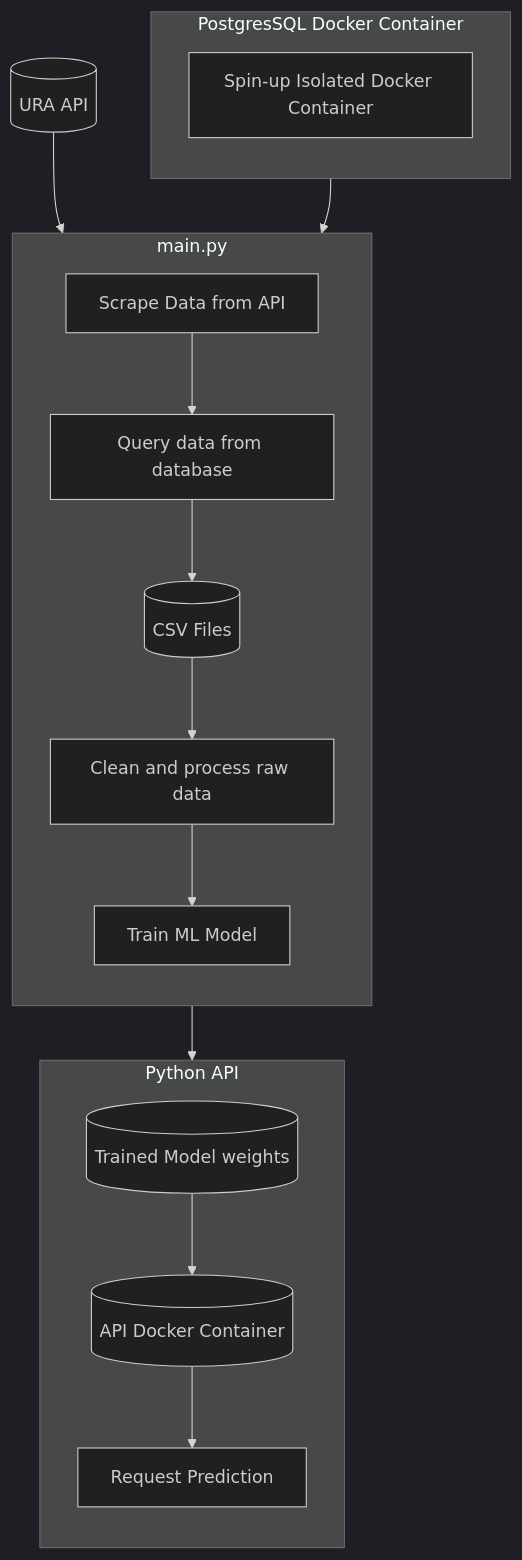
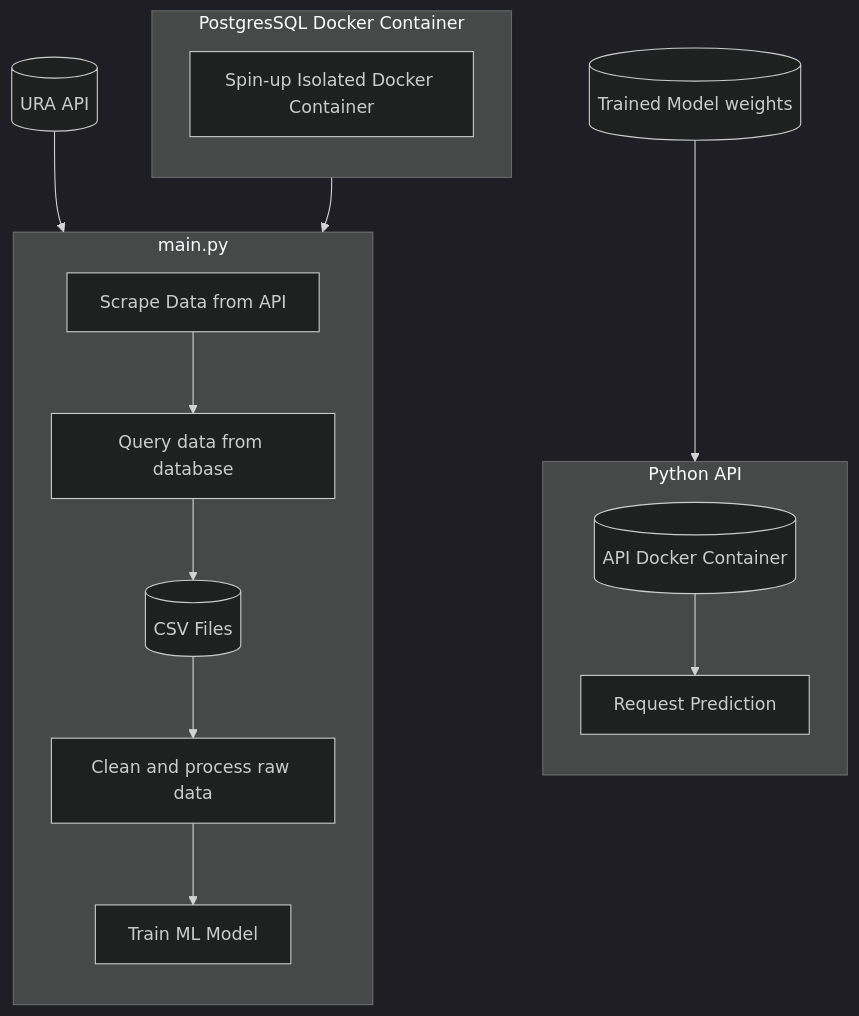
Before and after one commit to Lzwk16/URA_ML_pipeline: the diagram in README.MD, drawn with Mermaid (dark theme).

Commit message:
adjust pipeline flow format

````diff
--- a/README.MD
+++ b/README.MD
@@ -58,25 +58,24 @@
 ```mermaid
 flowchart TD
    subgraph PostgresSQL Docker Container
    direction TB
       A[Spin-up Isolated Docker Container] 
    end
 
    subgraph main.py
       direction TB
       A --> B[Scrape Data from API]
       B --> C[Query data from database]
       C --> G[(CSV Files)]
       G[(CSV Files)] --> D[Clean and process raw data]
       D --> E[Train ML Model]
    end
    
    F[(URA API)] --> B
-   E --> H[(Trained Model weights)]
+   H[(Trained Model weights)] --> I[(API Docker Container)]
 
    subgraph Python API
    direction TB
-      H[(Trained Model weights)] --> I[(API Docker Container)]
       I[(API Docker Container)] --> J[Request Prediction]
    end
 ```
````
